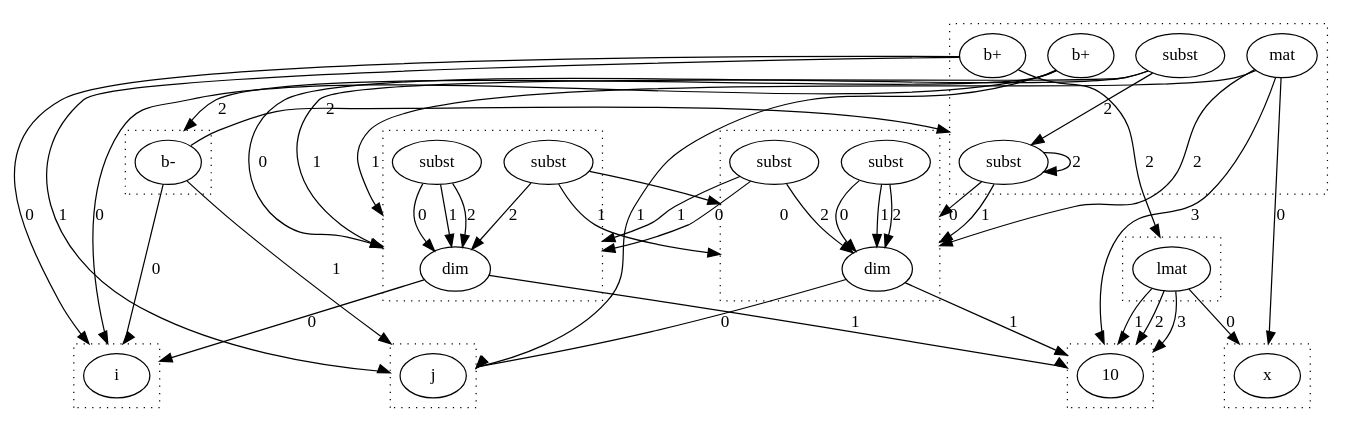
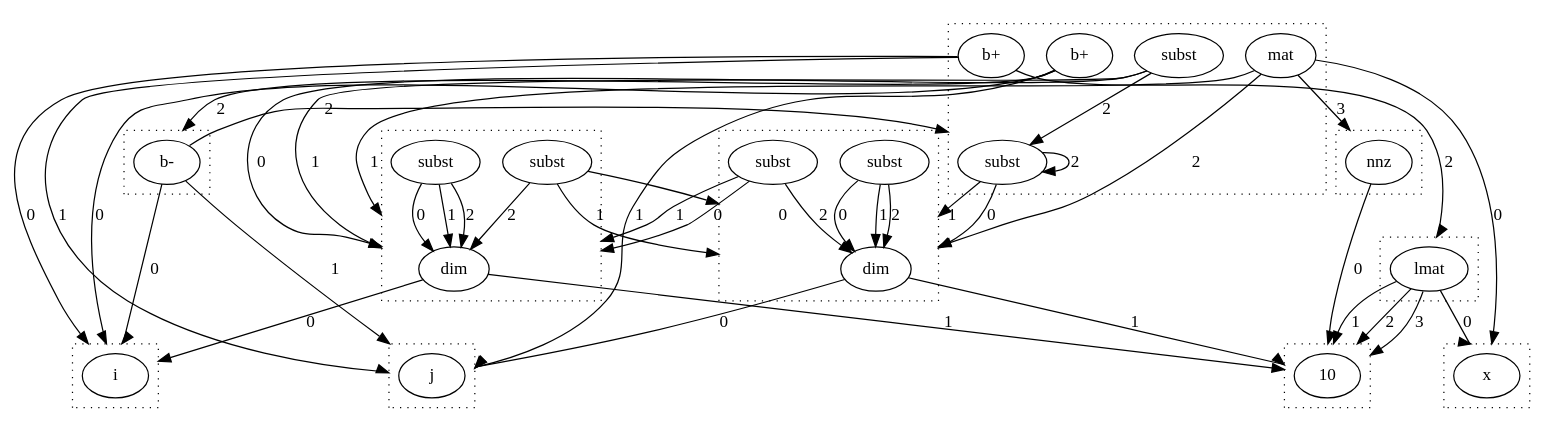
The diagram in dots/bind.dot (wormhole-optimization/warp), drawn with Graphviz before and after one commit. The commit also changed 10 other files, not shown here.

```diff
--- a/dots/bind.dot
+++ b/dots/bind.dot
@@ -1,86 +1,91 @@
 digraph {
   compound=true
   subgraph cluster_0 {
     style=dotted
     0.0[label = "i"]
   }
   subgraph cluster_1 {
     style=dotted
     1.0[label = "j"]
   }
   subgraph cluster_2 {
     style=dotted
     2.0[label = "x"]
   }
   subgraph cluster_3 {
     style=dotted
     3.0[label = "10"]
   }
   subgraph cluster_4 {
     style=dotted
     4.0[label = "lmat"]
   }
   subgraph cluster_6 {
     style=dotted
     6.0[label = "b-"]
   }
-  subgraph cluster_11 {
+  subgraph cluster_10 {
     style=dotted
-    11.0[label = "subst"]
-    11.1[label = "b+"]
-    11.2[label = "mat"]
-    11.3[label = "b+"]
-    11.4[label = "subst"]
+    10.0[label = "nnz"]
   }
-  subgraph cluster_13 {
+  subgraph cluster_12 {
     style=dotted
-    13.0[label = "dim"]
-    13.1[label = "subst"]
-    13.2[label = "subst"]
+    12.0[label = "subst"]
+    12.1[label = "b+"]
+    12.2[label = "mat"]
+    12.3[label = "b+"]
+    12.4[label = "subst"]
   }
   subgraph cluster_14 {
     style=dotted
     14.0[label = "dim"]
     14.1[label = "subst"]
     14.2[label = "subst"]
   }
+  subgraph cluster_15 {
+    style=dotted
+    15.0[label = "dim"]
+    15.1[label = "subst"]
+    15.2[label = "subst"]
+  }
   4.0 -> 2.0 [lhead = cluster_2, label = 0]
   4.0 -> 3.0 [lhead = cluster_3, label = 1]
   4.0 -> 3.0 [lhead = cluster_3, label = 2]
   4.0 -> 3.0 [lhead = cluster_3, label = 3]
   6.0 -> 0.0 [lhead = cluster_0, label = 0]
   6.0 -> 1.0 [lhead = cluster_1, label = 1]
-  6.0 -> 11.0 [lhead = cluster_11, label = 2]
-  11.0 -> 14.0 [lhead = cluster_14, label = 0]
-  11.0 -> 14.0 [lhead = cluster_14, label = 1]
-  11.0 -> 11.0 [lhead = cluster_11, label = 2]
-  11.1 -> 0.0 [lhead = cluster_0, label = 0]
-  11.1 -> 1.0 [lhead = cluster_1, label = 1]
-  11.1 -> 6.0 [lhead = cluster_6, label = 2]
-  11.2 -> 2.0 [lhead = cluster_2, label = 0]
-  11.2 -> 13.0 [lhead = cluster_13, label = 1]
-  11.2 -> 14.0 [lhead = cluster_14, label = 2]
-  11.2 -> 3.0 [lhead = cluster_3, label = 3]
-  11.3 -> 0.0 [lhead = cluster_0, label = 0]
-  11.3 -> 1.0 [lhead = cluster_1, label = 1]
-  11.3 -> 4.0 [lhead = cluster_4, label = 2]
-  11.4 -> 13.0 [lhead = cluster_13, label = 0]
-  11.4 -> 13.0 [lhead = cluster_13, label = 1]
-  11.4 -> 11.0 [lhead = cluster_11, label = 2]
-  13.0 -> 0.0 [lhead = cluster_0, label = 0]
-  13.0 -> 3.0 [lhead = cluster_3, label = 1]
-  13.1 -> 13.0 [lhead = cluster_13, label = 0]
-  13.1 -> 13.0 [lhead = cluster_13, label = 1]
-  13.1 -> 13.0 [lhead = cluster_13, label = 2]
-  13.2 -> 14.0 [lhead = cluster_14, label = 0]
-  13.2 -> 14.0 [lhead = cluster_14, label = 1]
-  13.2 -> 13.0 [lhead = cluster_13, label = 2]
-  14.0 -> 1.0 [lhead = cluster_1, label = 0]
+  6.0 -> 12.0 [lhead = cluster_12, label = 2]
+  10.0 -> 3.0 [lhead = cluster_3, label = 0]
+  12.0 -> 15.0 [lhead = cluster_15, label = 0]
+  12.0 -> 15.0 [lhead = cluster_15, label = 1]
+  12.0 -> 12.0 [lhead = cluster_12, label = 2]
+  12.1 -> 0.0 [lhead = cluster_0, label = 0]
+  12.1 -> 1.0 [lhead = cluster_1, label = 1]
+  12.1 -> 6.0 [lhead = cluster_6, label = 2]
+  12.2 -> 2.0 [lhead = cluster_2, label = 0]
+  12.2 -> 14.0 [lhead = cluster_14, label = 1]
+  12.2 -> 15.0 [lhead = cluster_15, label = 2]
+  12.2 -> 10.0 [lhead = cluster_10, label = 3]
+  12.3 -> 0.0 [lhead = cluster_0, label = 0]
+  12.3 -> 1.0 [lhead = cluster_1, label = 1]
+  12.3 -> 4.0 [lhead = cluster_4, label = 2]
+  12.4 -> 14.0 [lhead = cluster_14, label = 0]
+  12.4 -> 14.0 [lhead = cluster_14, label = 1]
+  12.4 -> 12.0 [lhead = cluster_12, label = 2]
+  14.0 -> 0.0 [lhead = cluster_0, label = 0]
   14.0 -> 3.0 [lhead = cluster_3, label = 1]
-  14.1 -> 13.0 [lhead = cluster_13, label = 0]
-  14.1 -> 13.0 [lhead = cluster_13, label = 1]
+  14.1 -> 14.0 [lhead = cluster_14, label = 0]
+  14.1 -> 14.0 [lhead = cluster_14, label = 1]
   14.1 -> 14.0 [lhead = cluster_14, label = 2]
-  14.2 -> 14.0 [lhead = cluster_14, label = 0]
-  14.2 -> 14.0 [lhead = cluster_14, label = 1]
+  14.2 -> 15.0 [lhead = cluster_15, label = 0]
+  14.2 -> 15.0 [lhead = cluster_15, label = 1]
   14.2 -> 14.0 [lhead = cluster_14, label = 2]
+  15.0 -> 1.0 [lhead = cluster_1, label = 0]
+  15.0 -> 3.0 [lhead = cluster_3, label = 1]
+  15.1 -> 14.0 [lhead = cluster_14, label = 0]
+  15.1 -> 14.0 [lhead = cluster_14, label = 1]
+  15.1 -> 15.0 [lhead = cluster_15, label = 2]
+  15.2 -> 15.0 [lhead = cluster_15, label = 0]
+  15.2 -> 15.0 [lhead = cluster_15, label = 1]
+  15.2 -> 15.0 [lhead = cluster_15, label = 2]
 }
```
